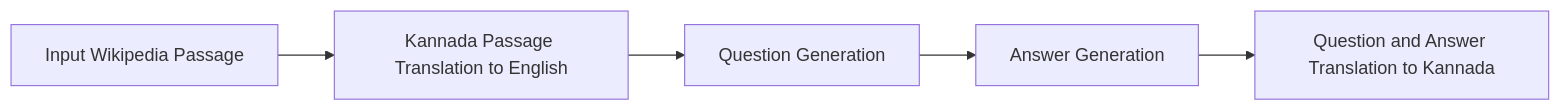
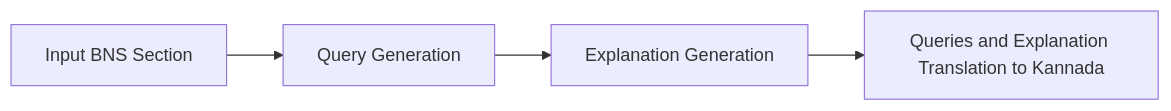
The diagram in examples/bns/README.md (PiyushiAnand/new_ilab_sdg), drawn with Mermaid before and after one commit. The commit also changed other lines of this file and 1 other file, not shown here.

````diff
--- a/examples/bns/README.md
+++ b/examples/bns/README.md
@@ -21,7 +21,6 @@
 ```mermaid
 graph LR
-    A[Input Wikipedia Passage] --> B[Kannada Passage Translation to English]
-    B --> C[Question Generation]
-    C --> D[Answer Generation]
-    D --> E[Question and Answer Translation to Kannada]
+    A[Input BNS Section] --> B[Query Generation]
+    B --> C[Explanation Generation]
+    C --> D[Queries and Explanation Translation to Kannada]
 ```
````
